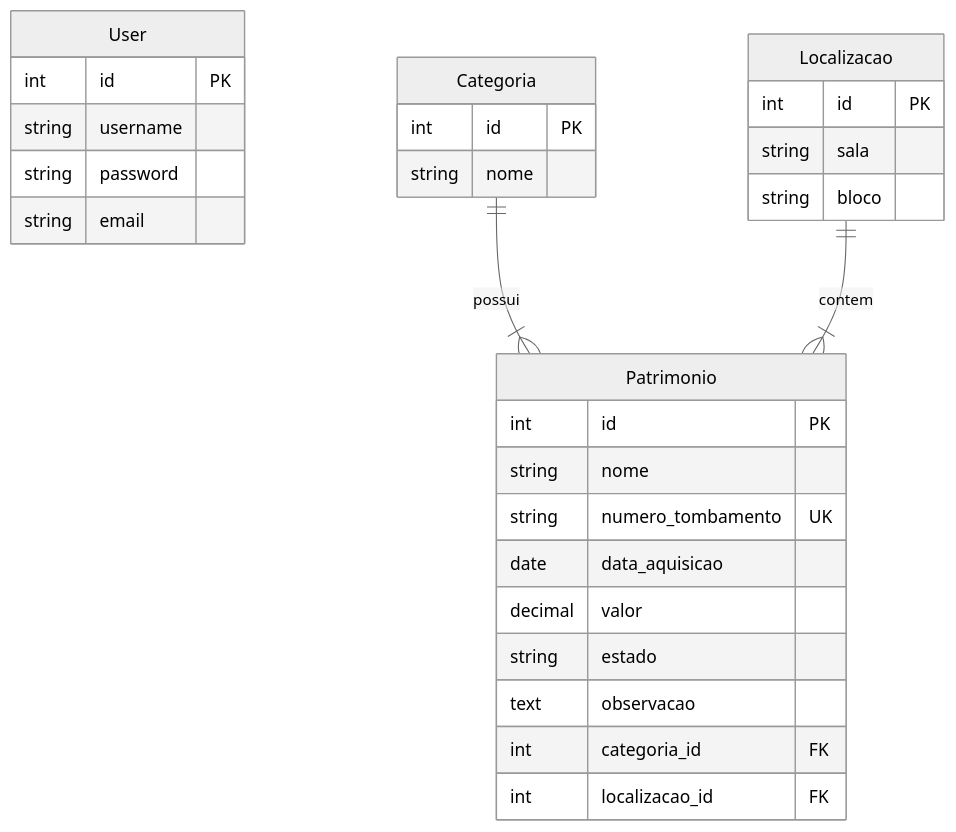
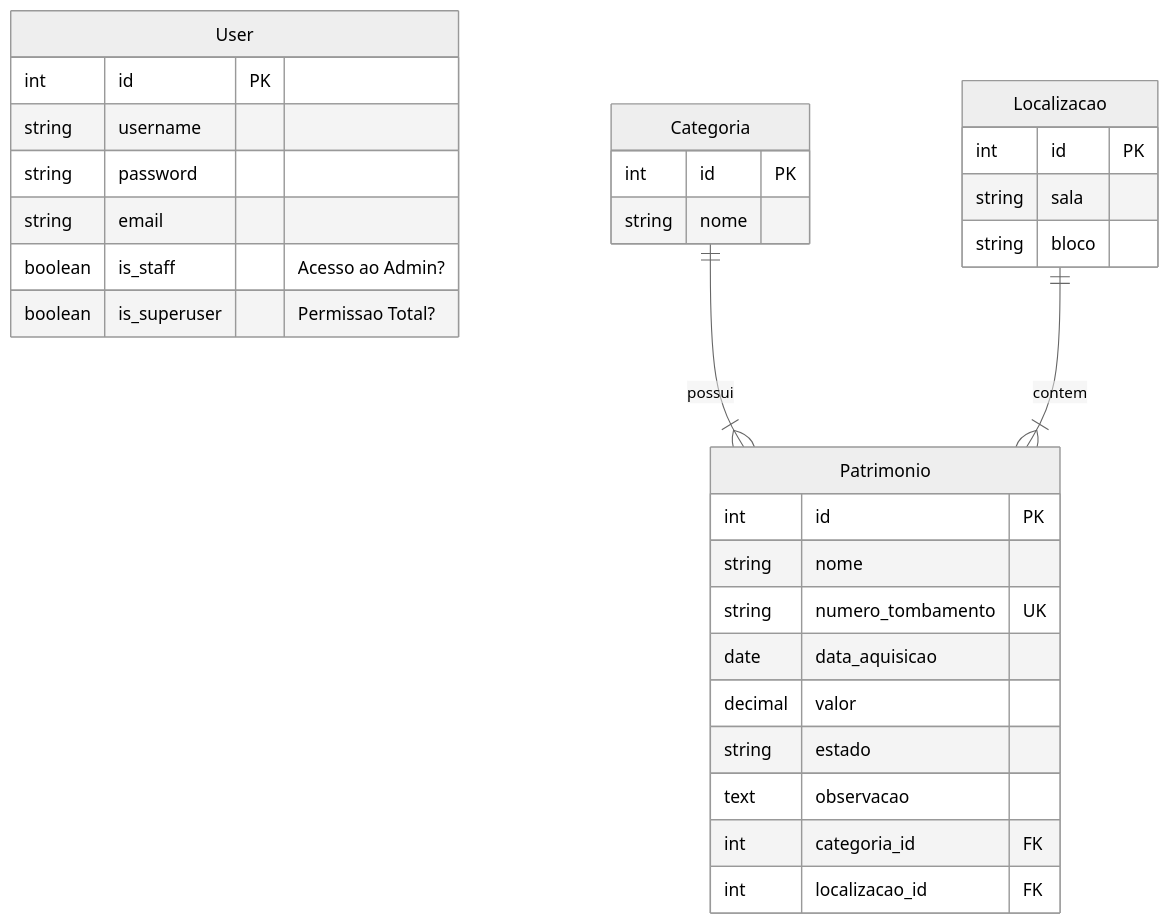
Before and after one commit to mfeeee/sistema_patrimonio: the diagram in readme.md, drawn with Mermaid (neutral theme). The commit also changed 1 other file, not shown here.

Commit message:
feat: adiciona campo usuario_cadastro e estado ao modelo Patrimonio

````diff
--- a/readme.md
+++ b/readme.md
@@ -32,32 +32,34 @@
 ```mermaid
 erDiagram
     User {
         int id PK
         string username
         string password
         string email
+        boolean is_staff "Acesso ao Admin?"
+        boolean is_superuser "Permissao Total?"
     }
     Categoria {
         int id PK
         string nome
     }
     Localizacao {
         int id PK
         string sala
         string bloco
     }
     Patrimonio {
         int id PK
         string nome
         string numero_tombamento UK
         date data_aquisicao
         decimal valor
         string estado
         text observacao
         int categoria_id FK
         int localizacao_id FK
     }
 
     Categoria ||--|{ Patrimonio : "possui"
     Localizacao ||--|{ Patrimonio : "contem"
 ```
````
